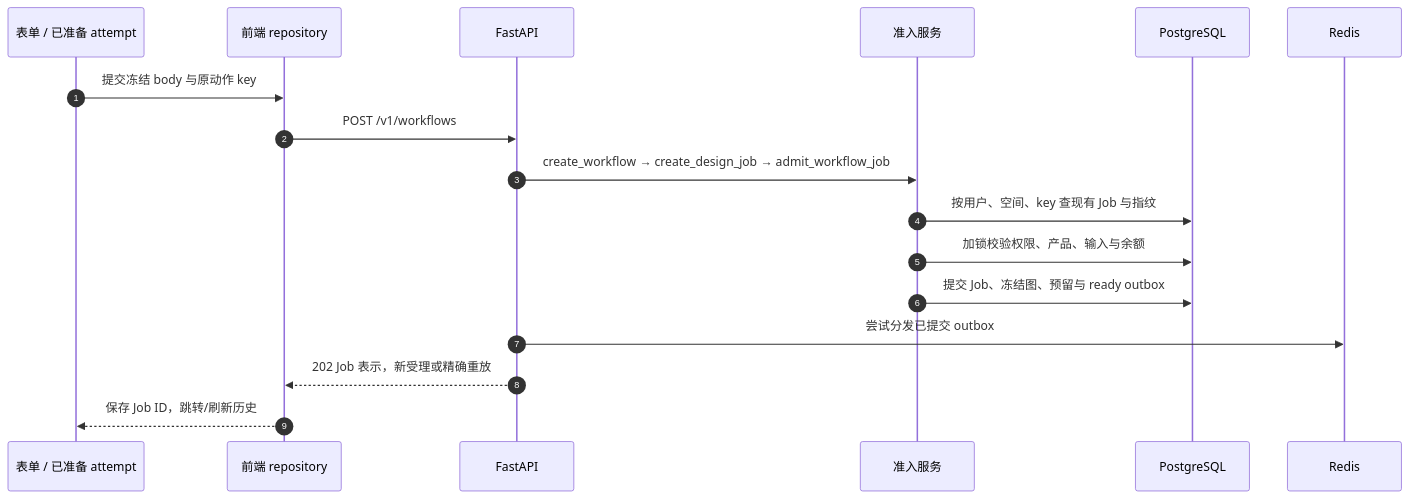
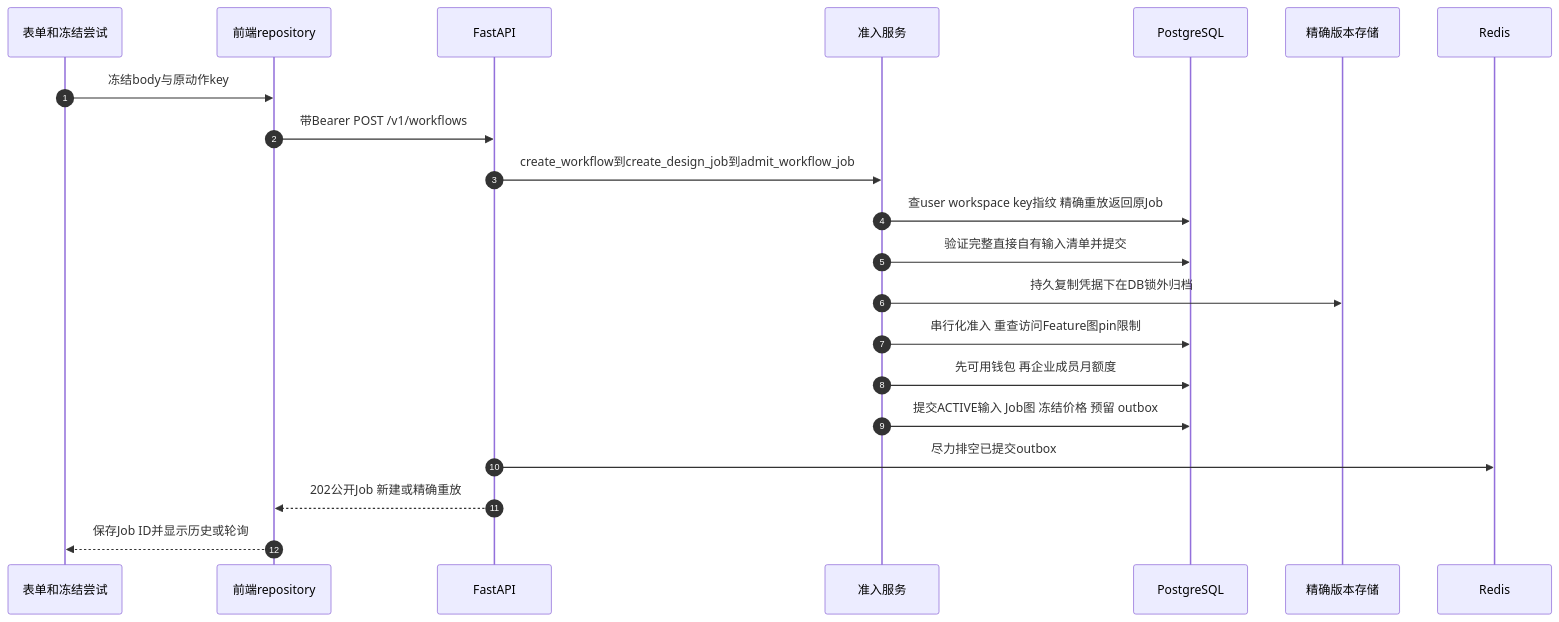
One commit to Orientation-CD/docs changed the first of 3 diagrams in zh/reference/flows/design-job-lifecycle.md. Above: the diagram before and after it, drawn with Mermaid. The commit also changed other lines of this file and 187 other files, not shown here.

````diff
--- a/zh/reference/flows/design-job-lifecycle.md
+++ b/zh/reference/flows/design-job-lifecycle.md
@@ -9,19 +9,23 @@
 ```mermaid
 sequenceDiagram
   autonumber
-  participant UI as 表单 / 已准备 attempt
-  participant R as 前端 repository
+  participant UI as 表单和冻结尝试
+  participant R as 前端repository
   participant API as FastAPI
   participant A as 准入服务
   participant DB as PostgreSQL
+  participant S as 精确版本存储
   participant Q as Redis
-  UI->>R: 提交冻结 body 与原动作 key
-  R->>API: POST /v1/workflows
-  API->>A: create_workflow → create_design_job → admit_workflow_job
-  A->>DB: 按用户、空间、key 查现有 Job 与指纹
-  A->>DB: 加锁校验权限、产品、输入与余额
-  A->>DB: 提交 Job、冻结图、预留与 ready outbox
-  API->>Q: 尝试分发已提交 outbox
-  API-->>R: 202 Job 表示，新受理或精确重放
-  R-->>UI: 保存 Job ID，跳转/刷新历史
+  UI->>R: 冻结body与原动作key
+  R->>API: 带Bearer POST /v1/workflows
+  API->>A: create_workflow到create_design_job到admit_workflow_job
+  A->>DB: 查user workspace key指纹 精确重放返回原Job
+  A->>DB: 验证完整直接自有输入清单并提交
+  A->>S: 持久复制凭据下在DB锁外归档
+  A->>DB: 串行化准入 重查访问Feature图pin限制
+  A->>DB: 先可用钱包 再企业成员月额度
+  A->>DB: 提交ACTIVE输入 Job图 冻结价格 预留 outbox
+  API->>Q: 尽力排空已提交outbox
+  API-->>R: 202公开Job 新建或精确重放
+  R-->>UI: 保存Job ID并显示历史或轮询
 ```
````
